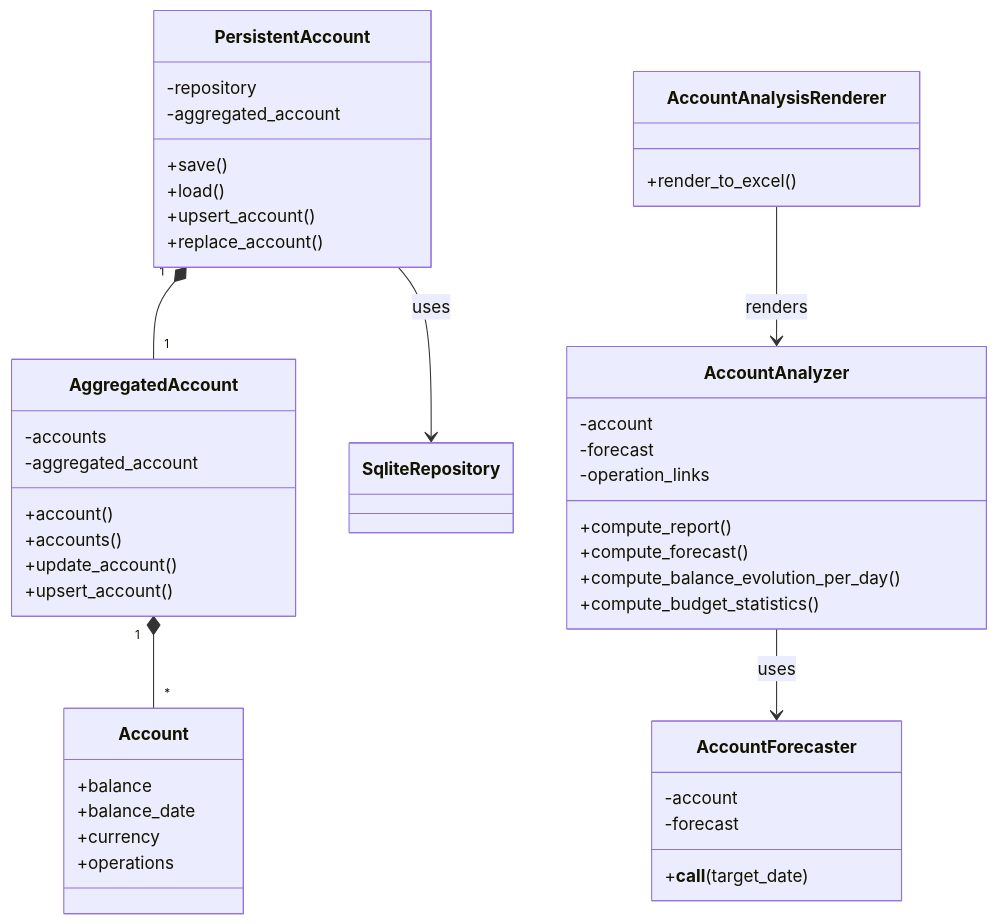
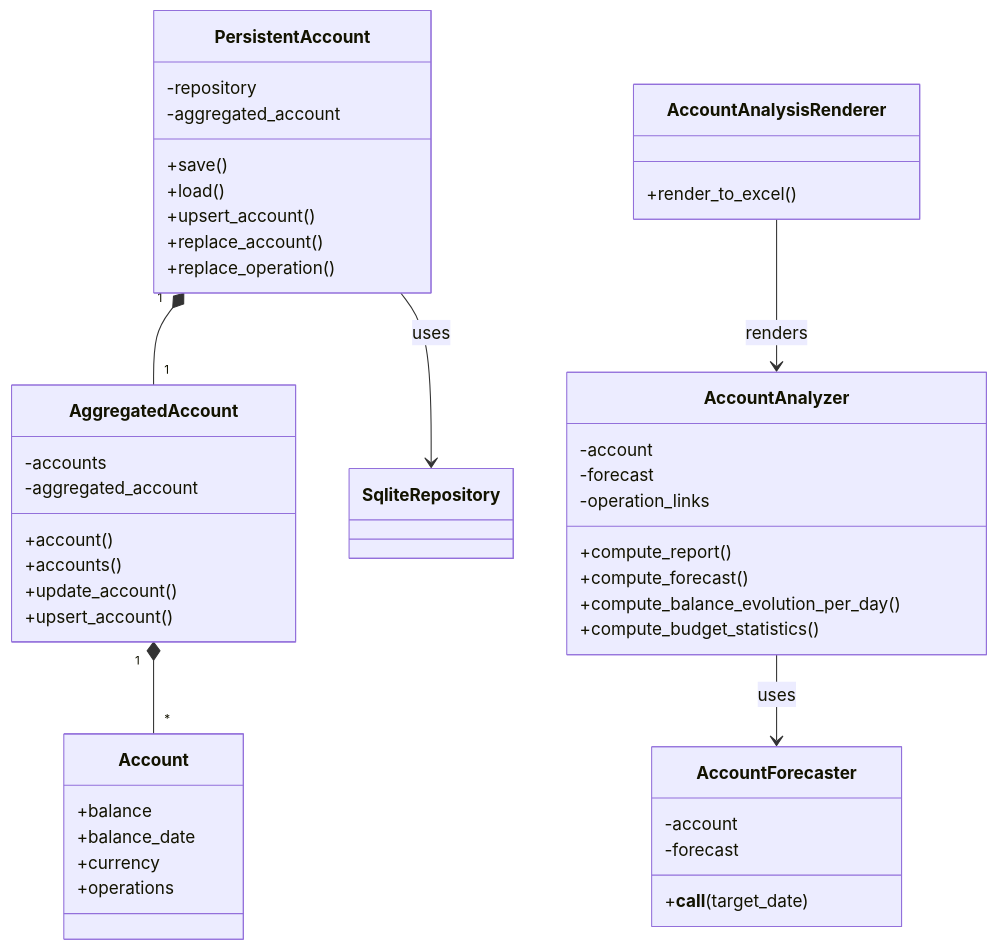
One commit to corentin-core/budget-forecaster changed the first of 3 diagrams in docs/dev/account.md. Above: the diagram before and after it, drawn with Mermaid. The commit also changed 6 other files, not shown here.

First line of the commit message:
docs: comprehensive documentation with architecture fixes and new guides (#181)

````diff
--- a/docs/dev/account.md
+++ b/docs/dev/account.md
@@ -8,53 +8,54 @@
 ```mermaid
 classDiagram
     class PersistentAccount {
         -repository
         -aggregated_account
         +save()
         +load()
         +upsert_account()
         +replace_account()
+        +replace_operation()
     }
 
     class AggregatedAccount {
         -accounts
         -aggregated_account
         +account()
         +accounts()
         +update_account()
         +upsert_account()
     }
 
     class AccountForecaster {
         -account
         -forecast
         +__call__(target_date)
     }
 
     class AccountAnalyzer {
         -account
         -forecast
         -operation_links
         +compute_report()
         +compute_forecast()
         +compute_balance_evolution_per_day()
         +compute_budget_statistics()
     }
 
     class AccountAnalysisRenderer {
         +render_to_excel()
     }
 
     class Account {
         +balance
         +balance_date
         +currency
         +operations
     }
 
     PersistentAccount "1" *-- "1" AggregatedAccount
     PersistentAccount --> SqliteRepository : uses
     AggregatedAccount "1" *-- "*" Account
     AccountAnalyzer --> AccountForecaster : uses
     AccountAnalysisRenderer --> AccountAnalyzer : renders
 ```
````
